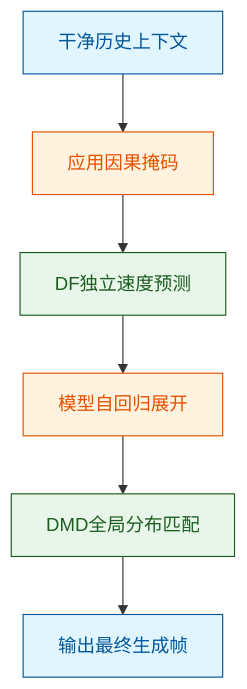
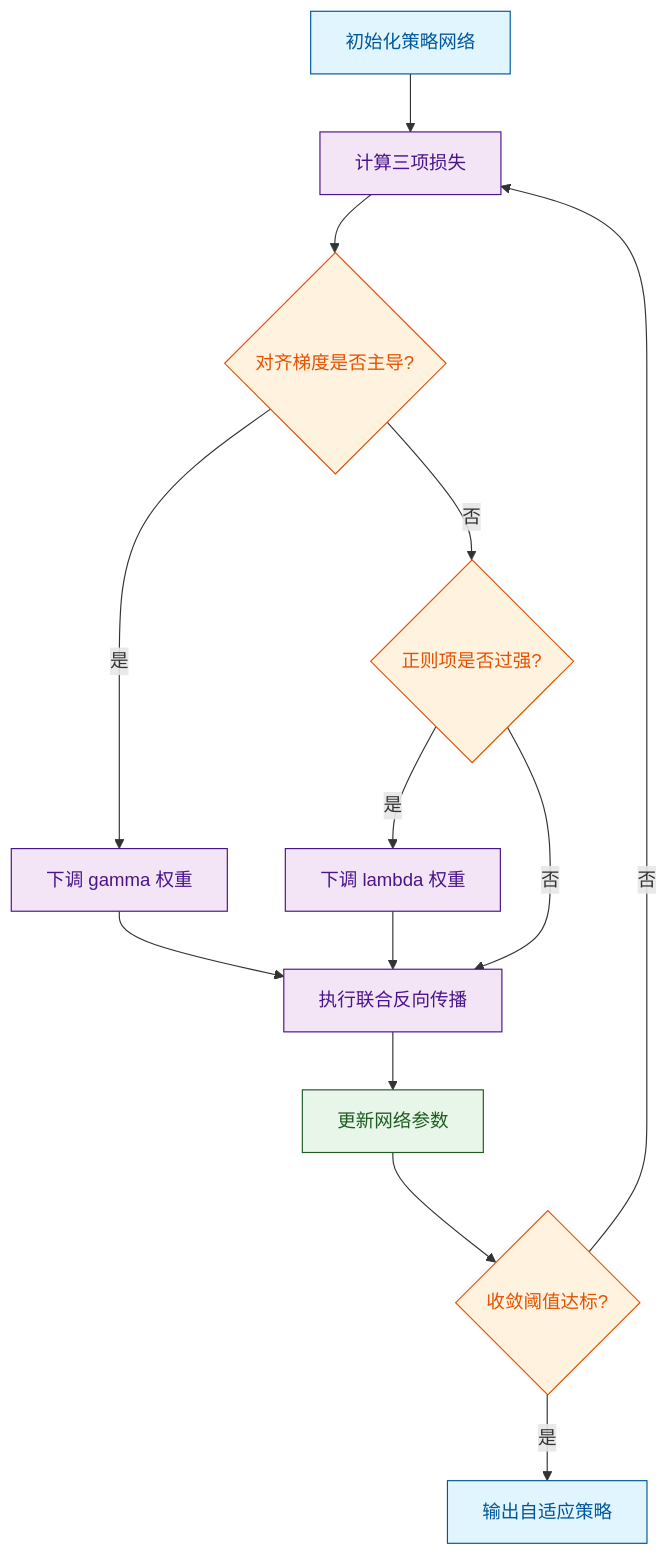
Before and after one commit to ShinewineW/paper-rolling: the fourth of 10 diagrams in person_vault/2026-06-12_OmniDreamsRealTimeGenerativeWorldModel_2606.03159/report.md, drawn with Mermaid. The commit also changed other lines of this file and 300 other files, not shown here.

````diff
--- a/person_vault/2026-06-12_OmniDreamsRealTimeGenerativeWorldModel_2606.03159/report.md
+++ b/person_vault/2026-06-12_OmniDreamsRealTimeGenerativeWorldModel_2606.03159/report.md
@@ -243,16 +191,20 @@
 ```mermaid
 flowchart TD
-    clean_context["干净历史上下文"] --> causal_masking["应用因果掩码"]
-    causal_masking --> df_velocity_pred["DF独立速度预测"]
-    df_velocity_pred --> self_rollout["模型自回归展开"]
-    self_rollout --> dmd_dist_match["DMD全局分布匹配"]
-    dmd_dist_match --> final_model["输出最终生成帧"]
-    
-    classDef data fill:#e1f5fe,stroke:#01579b,color:#01579b;
-    classDef process fill:#fff3e0,stroke:#e65100,color:#e65100;
-    classDef core fill:#e8f5e9,stroke:#1b5e20,color:#1b5e20;
-    
-    class clean_context,final_model data;
-    class causal_masking,self_rollout process;
-    class df_velocity_pred,dmd_dist_match core;
+    classDef start fill:#e1f5fe,stroke:#01579b,color:#01579b
+    classDef proc fill:#f3e5f5,stroke:#4a148c,color:#4a148c
+    classDef gate fill:#fff3e0,stroke:#e65100,color:#e65100
+    classDef data fill:#e8f5e9,stroke:#1b5e20,color:#1b5e20
+
+    init["初始化策略网络"]:::start --> compute_loss["计算三项损失"]:::proc
+    compute_loss --> check_align{对齐梯度是否主导?}:::gate
+    check_align -- 是 --> scale_align["下调 gamma 权重"]:::proc
+    check_align -- 否 --> check_reg{正则项是否过强?}:::gate
+    check_reg -- 是 --> scale_reg["下调 lambda 权重"]:::proc
+    check_reg -- 否 --> backprop["执行联合反向传播"]:::proc
+    scale_align --> backprop
+    scale_reg --> backprop
+    backprop --> update_params["更新网络参数"]:::data
+    update_params --> check_conv{收敛阈值达标?}:::gate
+    check_conv -- 否 --> compute_loss
+    check_conv -- 是 --> deploy["输出自适应策略"]:::start
 ```
````
